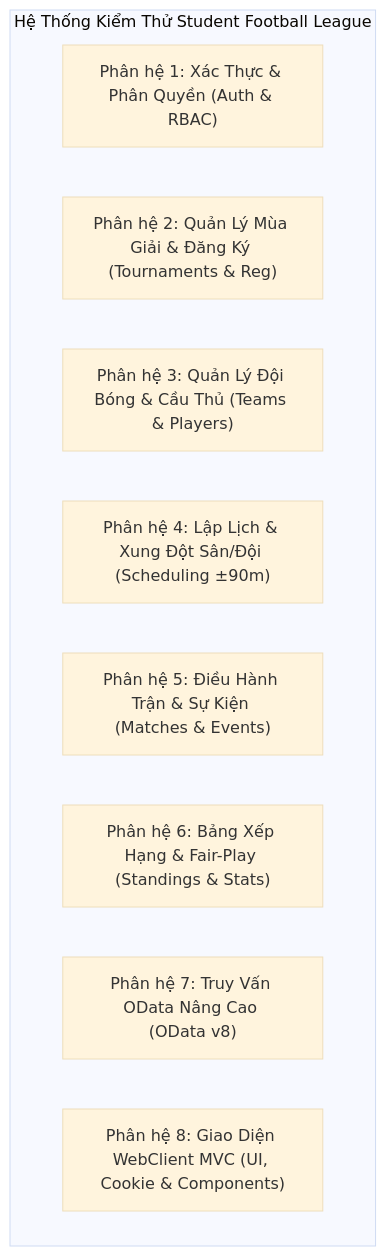
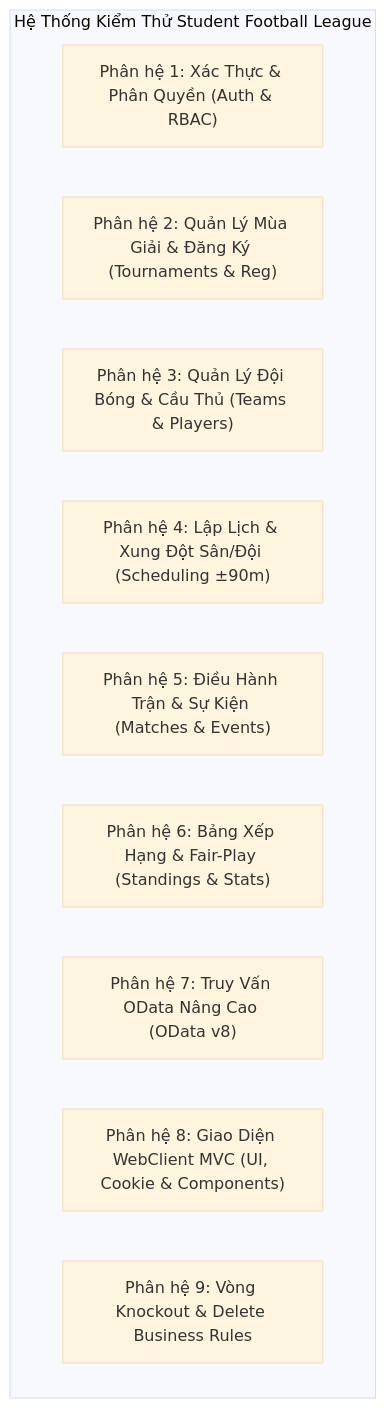
One commit to duongtanki/StudentFootballLeague changed the diagram in TEST_DOCUMENT.md. Above: the diagram before and after it, drawn with Mermaid (base theme). The commit also changed other lines of this file and 1 other file, not shown here.

Commit message:
docs: update TEST_DOCUMENT.md and ProjectReportGroup1.docx with latest business rules, knockout, and Match Detail UI

````diff
--- a/TEST_DOCUMENT.md
+++ b/TEST_DOCUMENT.md
@@ -44,13 +44,14 @@
 ```mermaid
 flowchart TD
     subgraph SFLM["Hệ Thống Kiểm Thử Student Football League"]
         PH1["Phân hệ 1: Xác Thực & Phân Quyền (Auth & RBAC)"]
         PH2["Phân hệ 2: Quản Lý Mùa Giải & Đăng Ký (Tournaments & Reg)"]
         PH3["Phân hệ 3: Quản Lý Đội Bóng & Cầu Thủ (Teams & Players)"]
         PH4["Phân hệ 4: Lập Lịch & Xung Đột Sân/Đội (Scheduling ±90m)"]
         PH5["Phân hệ 5: Điều Hành Trận & Sự Kiện (Matches & Events)"]
         PH6["Phân hệ 6: Bảng Xếp Hạng & Fair-Play (Standings & Stats)"]
         PH7["Phân hệ 7: Truy Vấn OData Nâng Cao (OData v8)"]
         PH8["Phân hệ 8: Giao Diện WebClient MVC (UI, Cookie & Components)"]
+        PH9["Phân hệ 9: Vòng Knockout & Delete Business Rules"]
     end
 ```
````
